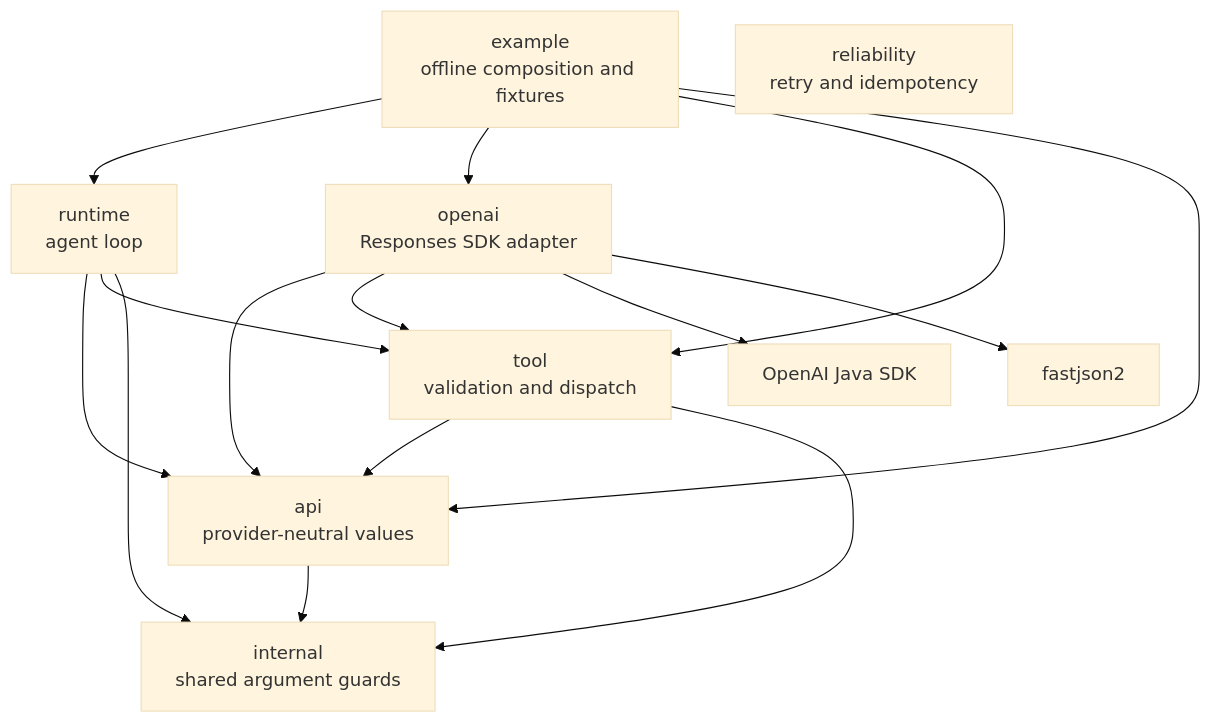
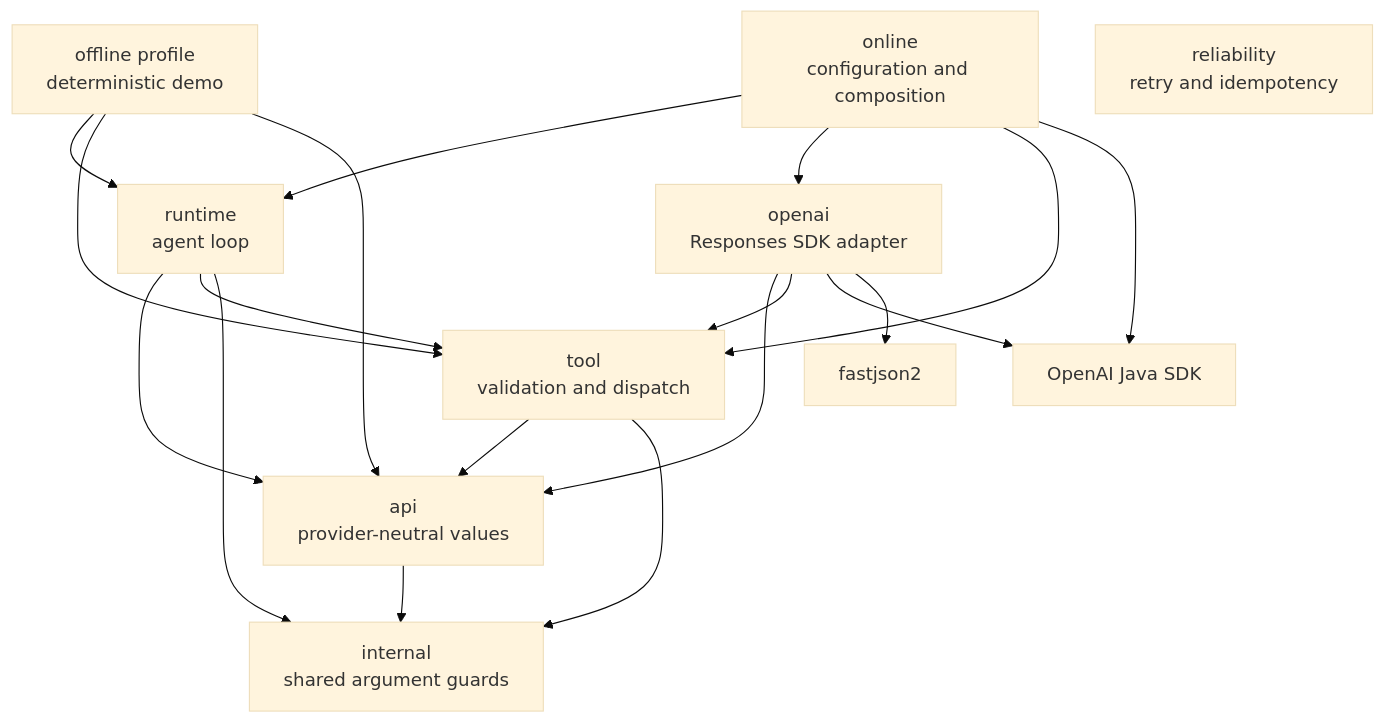
Before and after one commit to jamienlu/pickagent: the second of 8 diagrams in responses-agent-runtime/docs/architecture.md, drawn with Mermaid (base theme). The commit also changed other lines of this file and 78 other files, not shown here.

````diff
--- a/responses-agent-runtime/docs/architecture.md
+++ b/responses-agent-runtime/docs/architecture.md
@@ -34,27 +37,31 @@
 ```mermaid
 flowchart TB
-    example[example<br/>offline composition and fixtures]
+    offline[offline profile<br/>deterministic demo]
+    online[online<br/>configuration and composition]
     openai[openai<br/>Responses SDK adapter]
     runtime[runtime<br/>agent loop]
     tool[tool<br/>validation and dispatch]
     reliability[reliability<br/>retry and idempotency]
     api[api<br/>provider-neutral values]
     internal[internal<br/>shared argument guards]
     sdk[OpenAI Java SDK]
     json[fastjson2]
 
-    example --> runtime
-    example --> openai
-    example --> tool
-    example --> api
+    offline --> runtime
+    offline --> tool
+    offline --> api
+    online --> runtime
+    online --> openai
+    online --> tool
+    online --> sdk
     openai --> api
     openai --> tool
     openai --> sdk
     openai --> json
     runtime --> api
     runtime --> tool
     runtime --> internal
     tool --> api
     tool --> internal
     api --> internal
 ```
````
